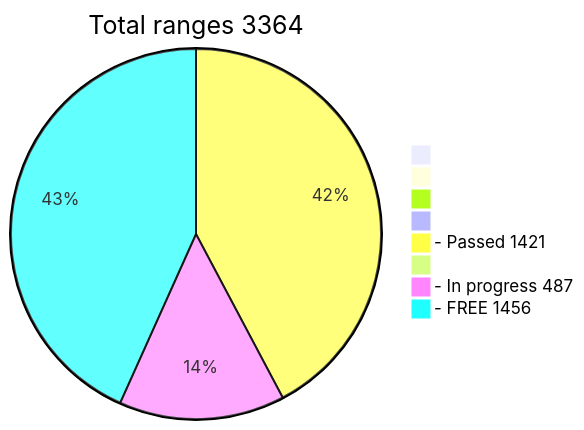
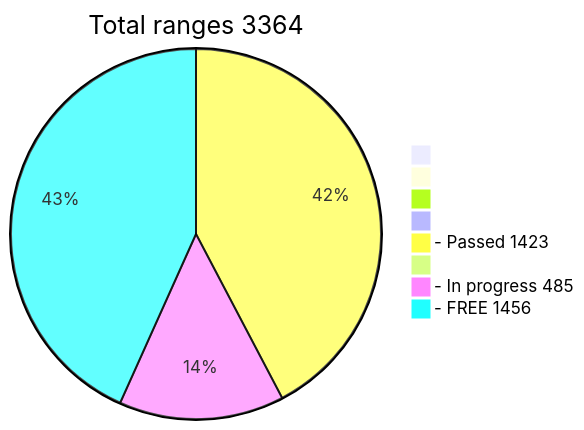
The diagram in README.md (phrutis/wif500), drawn with Mermaid before and after one commit.

````diff
--- a/README.md
+++ b/README.md
@@ -16,12 +16,12 @@
 ```mermaid
 pie title Total ranges 3364
              " " : 0
             "  " : 0
            "   " : 0
           "    " : 0
-  "- Passed 1421" : 1421
+  "- Passed 1423" : 1423
          "     " : 0
-  "- In progress 487" : 487
+  "- In progress 485" : 485
    "- FREE 1456" : 1456
    
 ```
````
